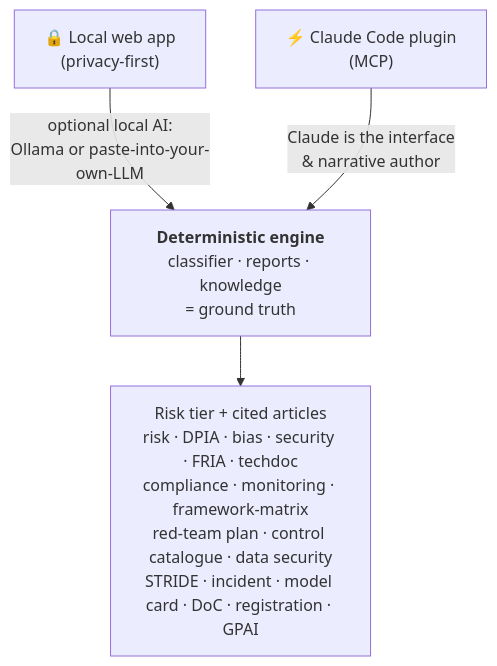
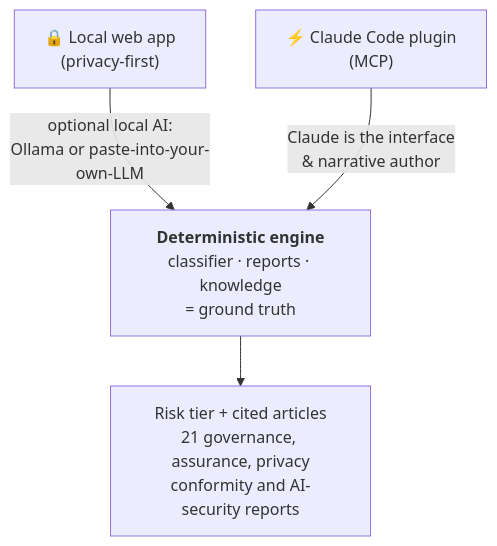
One commit to JKasteele/ai-act-companion changed the diagram in README.md. Above: the diagram before and after it, drawn with Mermaid. The commit also changed other lines of this file and 101 other files, not shown here.

````diff
--- a/README.md
+++ b/README.md
@@ -70,10 +62,10 @@
 ```mermaid
 flowchart TB
     A["🔒 Local web app<br/>(privacy-first)"]
     B["⚡ Claude Code plugin<br/>(MCP)"]
     E["<b>Deterministic engine</b><br/>classifier · reports · knowledge<br/>= ground truth"]
-    O["Risk tier + cited articles<br/>risk · DPIA · bias · security · FRIA · techdoc<br/>compliance · monitoring · framework-matrix<br/>red-team plan · control catalogue · data security<br/>STRIDE · incident · model card · DoC · registration · GPAI"]
+    O["Risk tier + cited articles<br/>21 governance, assurance, privacy<br/>conformity and AI-security reports"]
     A -->|"optional local AI:<br/>Ollama or paste-into-your-own-LLM"| E
     B -->|"Claude is the interface<br/>& narrative author"| E
     E --> O
 ```
````
